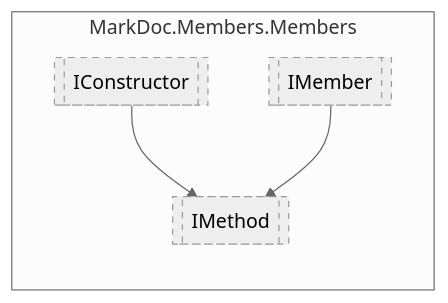
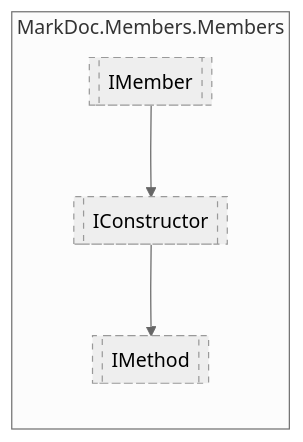
One commit to hailstorm75/ModularDoc changed the diagram in sourceWiki/markdoc/members/members/IMethod.md. Above: the diagram before and after it, drawn with Mermaid (neutral theme). The commit also changed 20 other files, not shown here.

````diff
--- a/sourceWiki/markdoc/members/members/IMethod.md
+++ b/sourceWiki/markdoc/members/members/IMethod.md
@@ -7,15 +7,15 @@
 ```mermaid
   flowchart LR
   classDef interfaceStyle stroke-dasharray: 5 5;
   classDef abstractStyle stroke-width:4px
   subgraph MarkDoc.Members.Members
   MarkDoc.Members.Members.IMethod[[IMethod]]
   class MarkDoc.Members.Members.IMethod interfaceStyle;
   MarkDoc.Members.Members.IConstructor[[IConstructor]]
   class MarkDoc.Members.Members.IConstructor interfaceStyle;
   MarkDoc.Members.Members.IMember[[IMember]]
   class MarkDoc.Members.Members.IMember interfaceStyle;
   end
 MarkDoc.Members.Members.IConstructor --> MarkDoc.Members.Members.IMethod
-MarkDoc.Members.Members.IMember --> MarkDoc.Members.Members.IMethod
+MarkDoc.Members.Members.IMember --> MarkDoc.Members.Members.IConstructor
 ```
````
